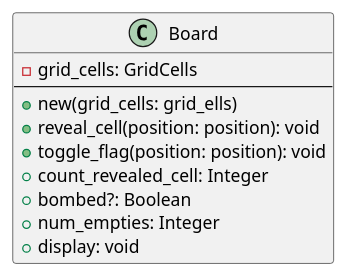
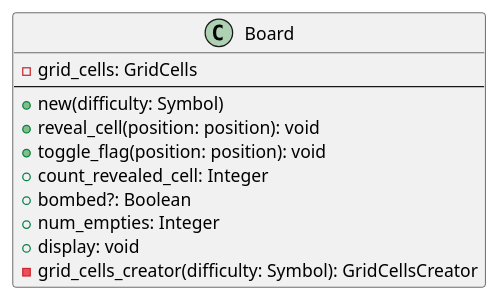
The diagram in diagrams/board_class.plantuml (Yuhi-Sato/minesweeper), drawn with PlantUML before and after one commit. The commit also changed 1 other file, not shown here.

Commit message:
fix: 🐛 クラス図修正

```diff
--- a/diagrams/board_class.plantuml
+++ b/diagrams/board_class.plantuml
@@ -1,15 +1,16 @@
 @startuml board_class
 
 class Board {
     - grid_cells: GridCells
     --
-    + new(grid_cells: grid_ells)
+    + new(difficulty: Symbol)
     + reveal_cell(position: position): void
     + toggle_flag(position: position): void
     + count_revealed_cell: Integer
     + bombed?: Boolean
     + num_empties: Integer
     + display: void
+    - grid_cells_creator(difficulty: Symbol): GridCellsCreator
 }
 
 @enduml
```
